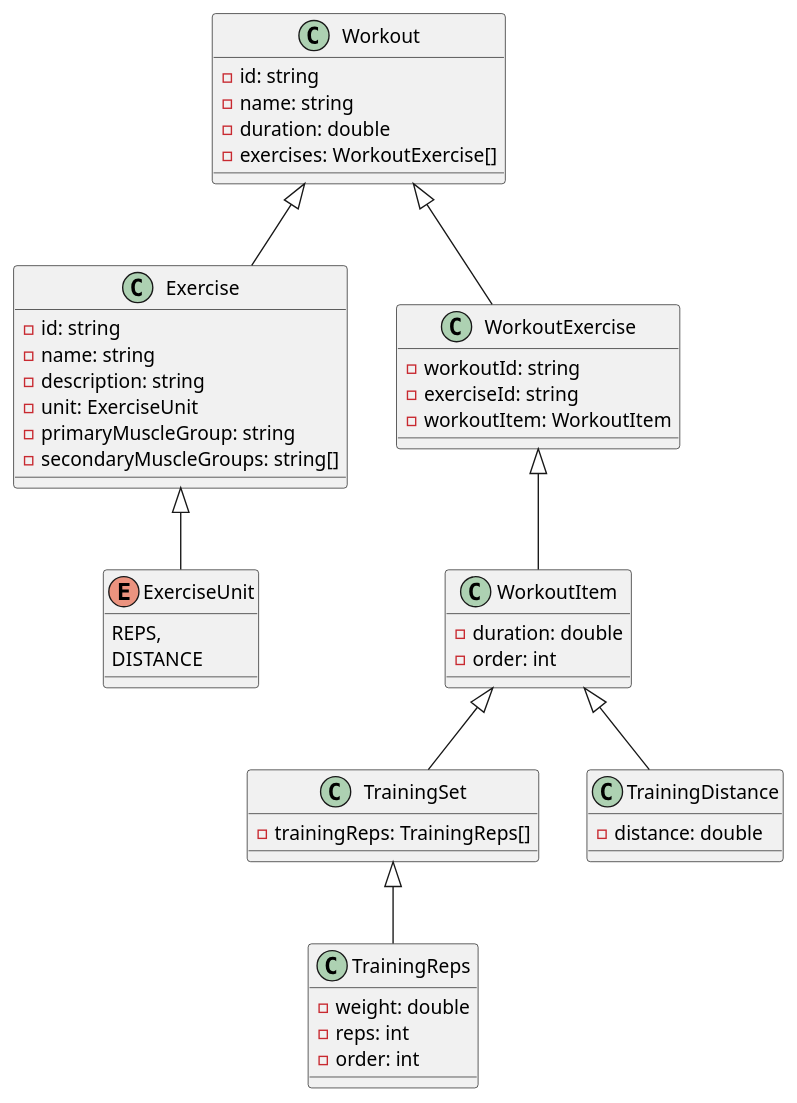
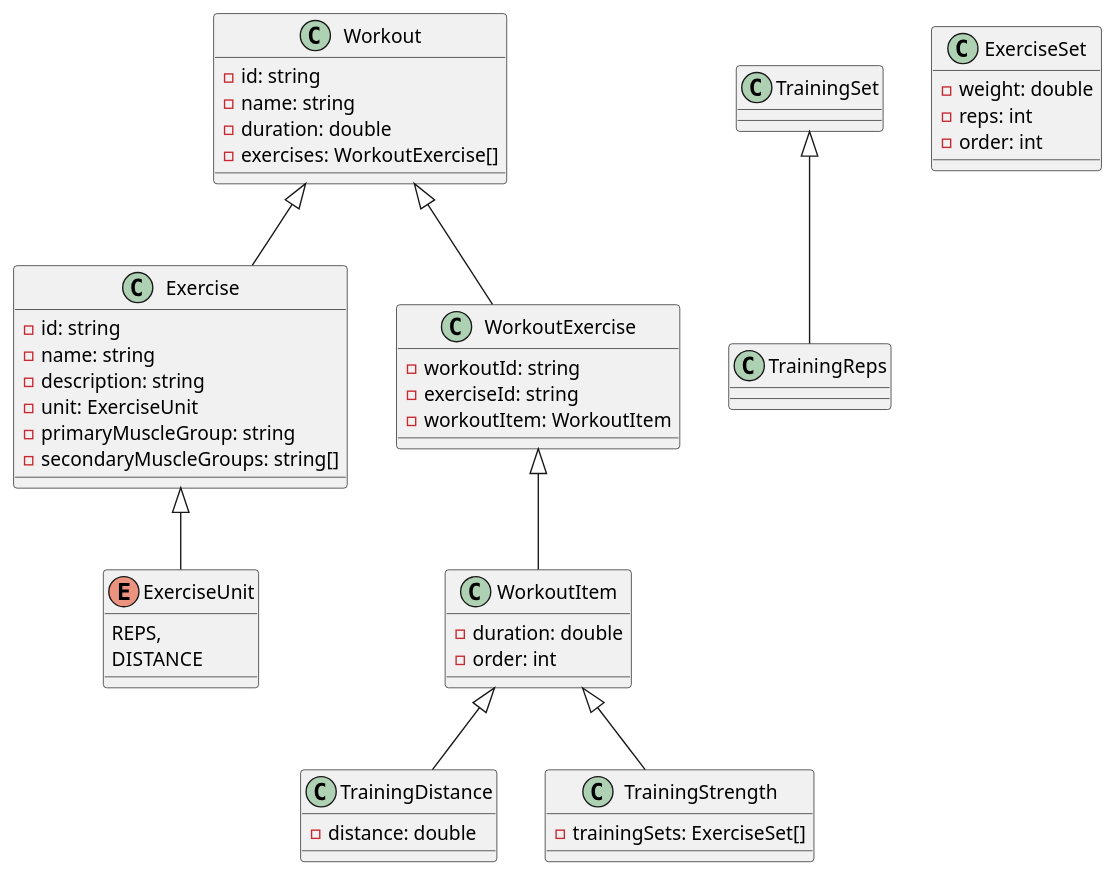
One commit to Dannyyy101/labs-101 changed the diagram in documents/database/workout.plantuml. Above: the diagram before and after it, drawn with PlantUML. The commit also changed 49 other files, not shown here.

```diff
--- a/documents/database/workout.plantuml
+++ b/documents/database/workout.plantuml
@@ -1,55 +1,55 @@
 @startuml
 
 Exercise <|-- ExerciseUnit
 Workout <|-- Exercise
 Workout <|-- WorkoutExercise
 WorkoutExercise <|-- WorkoutItem
 TrainingSet <|-- TrainingReps
 
 class Workout {
     - id: string
     - name: string
     - duration: double
     - exercises: WorkoutExercise[]
 }
 
 class WorkoutExercise {
     - workoutId: string
     - exerciseId: string
     - workoutItem: WorkoutItem
 }
 
 class WorkoutItem {
     - duration: double
     - order: int
 }
 
 class TrainingDistance extends WorkoutItem {
     - distance: double
 }
 
-class TrainingSet extends WorkoutItem{
-    - trainingReps: TrainingReps[]
+class TrainingStrength extends WorkoutItem{
+    - trainingSets: ExerciseSet[]
 }
 
-class TrainingReps {
+class ExerciseSet {
     - weight: double
     - reps: int
     - order: int
 }
 
 class Exercise {
     - id: string
     - name: string
     - description: string
     - unit: ExerciseUnit
     - primaryMuscleGroup: string
     - secondaryMuscleGroups: string[]
 }
 
 enum ExerciseUnit {
     REPS,
     DISTANCE
 }
 
 @enduml
```
